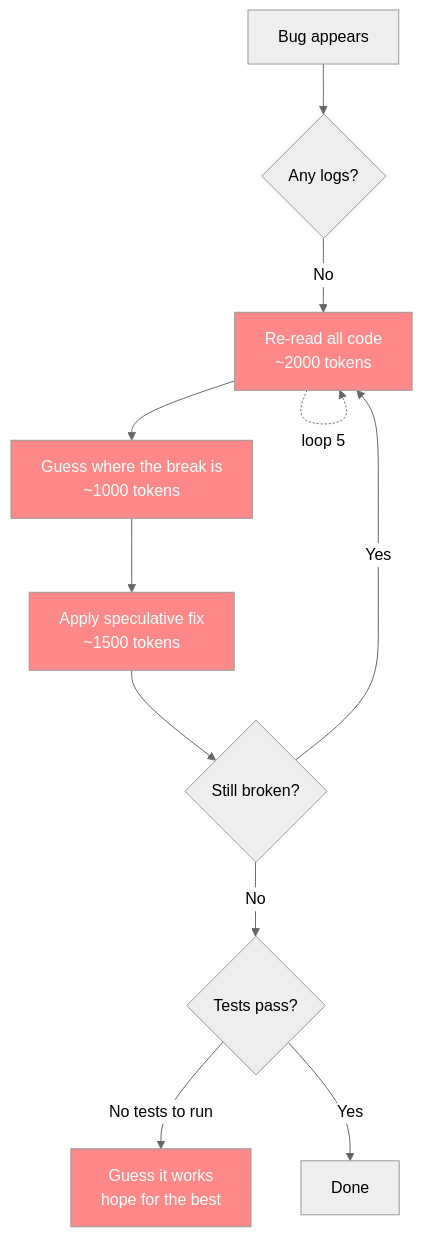
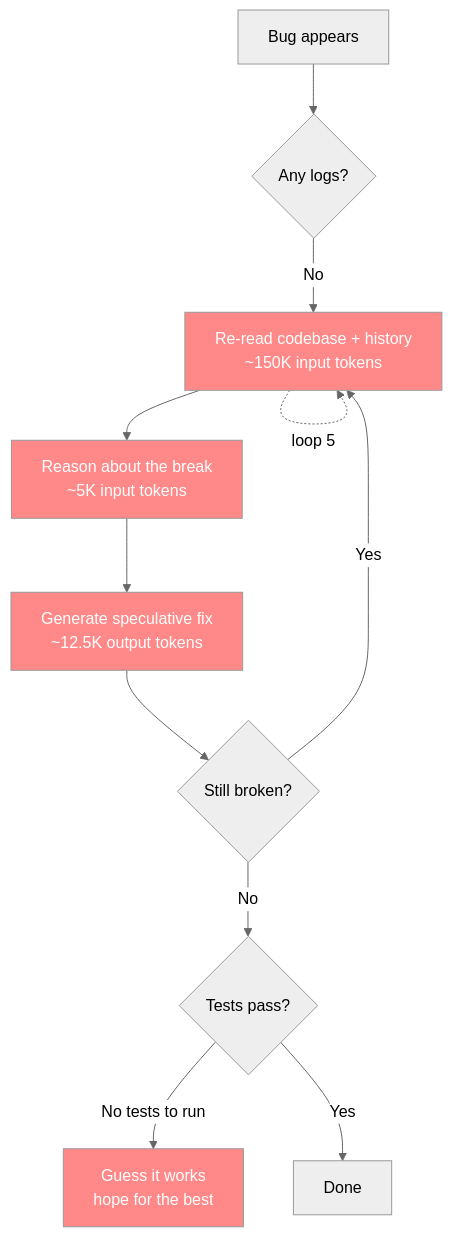
One commit to jacoby149/web10 changed the first of 5 diagrams in knowledge/knowledge-theories/ai-use-theory/ai-use-theory.md. Above: the diagram before and after it, drawn with Mermaid (neutral theme). The commit also changed other lines of this file, not shown here.

````diff
--- a/knowledge/knowledge-theories/ai-use-theory/ai-use-theory.md
+++ b/knowledge/knowledge-theories/ai-use-theory/ai-use-theory.md
@@ -27,22 +27,22 @@
 ```mermaid
 flowchart TD
     A[Bug appears] --> B{Any logs?}
-    B -->|"No"| C[Re-read all code\n~2000 tokens]
-    C --> D[Guess where the break is\n~1000 tokens]
-    D --> E[Apply speculative fix\n~1500 tokens]
+    B -->|"No"| C[Re-read codebase + history\n~150K input tokens]
+    C --> D[Reason about the break\n~5K input tokens]
+    D --> E[Generate speculative fix\n~12.5K output tokens]
     E --> F{Still broken?}
     F -->|"Yes"| C
     F -->|"No"| G{Tests pass?}
     G -->|"No tests to run"| H[Guess it works\nhope for the best]
     G -->|"Yes"| I[Done]
 
     C -.->|loop 2| C
     C -.->|loop 3| C
     C -.->|loop 4| C
     C -.->|loop 5| C
 
     style C fill:#f88,color:#fff
     style D fill:#f88,color:#fff
     style E fill:#f88,color:#fff
     style H fill:#f88,color:#fff
 ```
````
